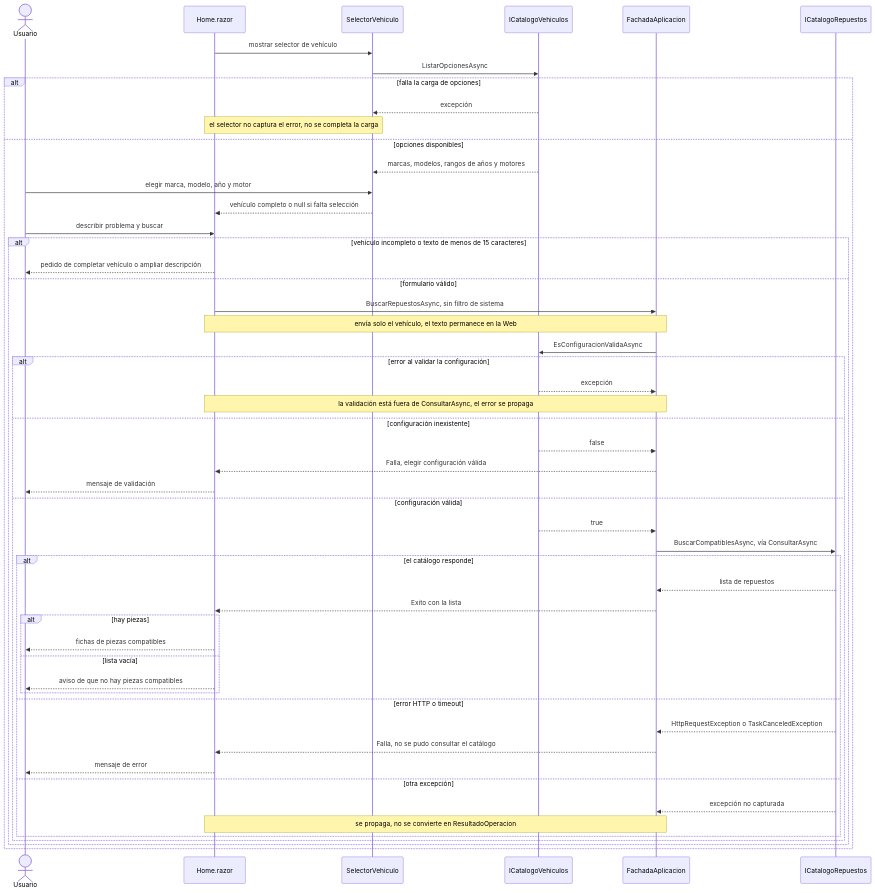
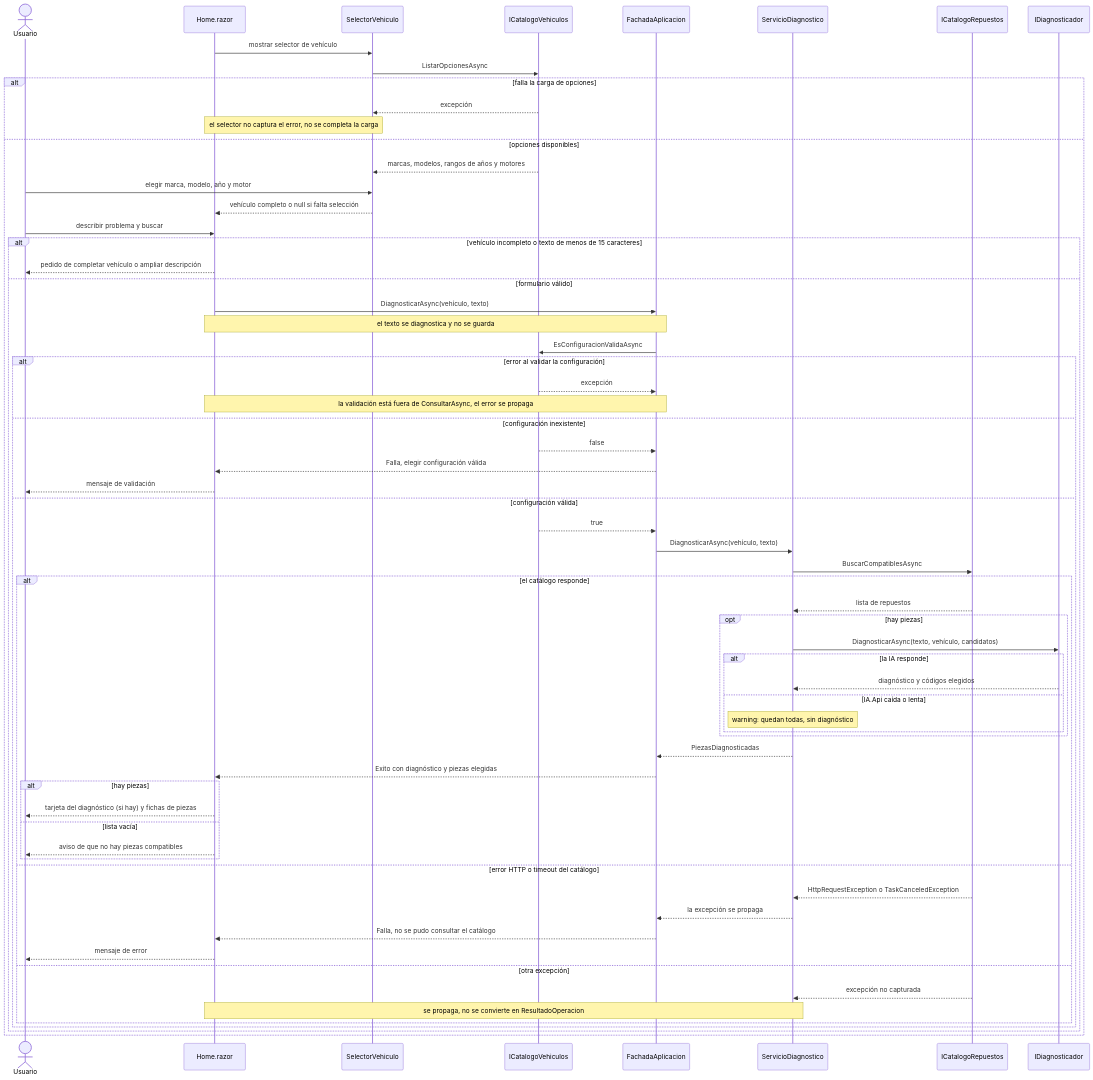
Before and after one commit to lfb-00/tp-apps-2: the fourth of 7 diagrams in docs/diagramas/secuencia.md, drawn with Mermaid. The commit also changed other lines of this file and 61 other files, not shown here.

First line of the commit message:
Agrega el componente de IA para diagnosticar el problema del auto

````diff
--- a/docs/diagramas/secuencia.md
+++ b/docs/diagramas/secuencia.md
@@ -228,55 +250,68 @@
 ```mermaid
 sequenceDiagram
     actor Usuario
     participant Web as Home.razor
     participant Selector as SelectorVehiculo
     participant Vehiculos as ICatalogoVehiculos
     participant Fachada as FachadaAplicacion
+    participant Diag as ServicioDiagnostico
     participant Catalogo as ICatalogoRepuestos
+    participant IA as IDiagnosticador
 
     Web->>Selector: mostrar selector de vehículo
     Selector->>Vehiculos: ListarOpcionesAsync
     alt falla la carga de opciones
         Vehiculos-->>Selector: excepción
         Note over Selector,Web: el selector no captura el error, no se completa la carga
     else opciones disponibles
         Vehiculos-->>Selector: marcas, modelos, rangos de años y motores
         Usuario->>Selector: elegir marca, modelo, año y motor
         Selector-->>Web: vehículo completo o null si falta selección
         Usuario->>Web: describir problema y buscar
         alt vehículo incompleto o texto de menos de 15 caracteres
             Web-->>Usuario: pedido de completar vehículo o ampliar descripción
         else formulario válido
-            Web->>Fachada: BuscarRepuestosAsync, sin filtro de sistema
-            Note over Web,Fachada: envía solo el vehículo, el texto permanece en la Web
+            Web->>Fachada: DiagnosticarAsync(vehículo, texto)
+            Note over Web,Fachada: el texto se diagnostica y no se guarda
             Fachada->>Vehiculos: EsConfiguracionValidaAsync
             alt error al validar la configuración
                 Vehiculos-->>Fachada: excepción
                 Note over Fachada,Web: la validación está fuera de ConsultarAsync, el error se propaga
             else configuración inexistente
                 Vehiculos-->>Fachada: false
                 Fachada-->>Web: Falla, elegir configuración válida
                 Web-->>Usuario: mensaje de validación
             else configuración válida
                 Vehiculos-->>Fachada: true
-                Fachada->>Catalogo: BuscarCompatiblesAsync, vía ConsultarAsync
+                Fachada->>Diag: DiagnosticarAsync(vehículo, texto)
+                Diag->>Catalogo: BuscarCompatiblesAsync
                 alt el catálogo responde
-                    Catalogo-->>Fachada: lista de repuestos
-                    Fachada-->>Web: Exito con la lista
+                    Catalogo-->>Diag: lista de repuestos
+                    opt hay piezas
+                        Diag->>IA: DiagnosticarAsync(texto, vehículo, candidatos)
+                        alt la IA responde
+                            IA-->>Diag: diagnóstico y códigos elegidos
+                        else IA.Api caída o lenta
+                            Note over Diag: warning: quedan todas, sin diagnóstico
+                        end
+                    end
+                    Diag-->>Fachada: PiezasDiagnosticadas
+                    Fachada-->>Web: Exito con diagnóstico y piezas elegidas
                     alt hay piezas
-                        Web-->>Usuario: fichas de piezas compatibles
+                        Web-->>Usuario: tarjeta del diagnóstico (si hay) y fichas de piezas
                     else lista vacía
                         Web-->>Usuario: aviso de que no hay piezas compatibles
                     end
-                else error HTTP o timeout
-                    Catalogo-->>Fachada: HttpRequestException o TaskCanceledException
+                else error HTTP o timeout del catálogo
+                    Catalogo-->>Diag: HttpRequestException o TaskCanceledException
+                    Diag-->>Fachada: la excepción se propaga
                     Fachada-->>Web: Falla, no se pudo consultar el catálogo
                     Web-->>Usuario: mensaje de error
                 else otra excepción
-                    Catalogo-->>Fachada: excepción no capturada
-                    Note over Fachada,Web: se propaga, no se convierte en ResultadoOperacion
+                    Catalogo-->>Diag: excepción no capturada
+                    Note over Diag,Web: se propaga, no se convierte en ResultadoOperacion
                 end
             end
         end
     end
 ```
````
